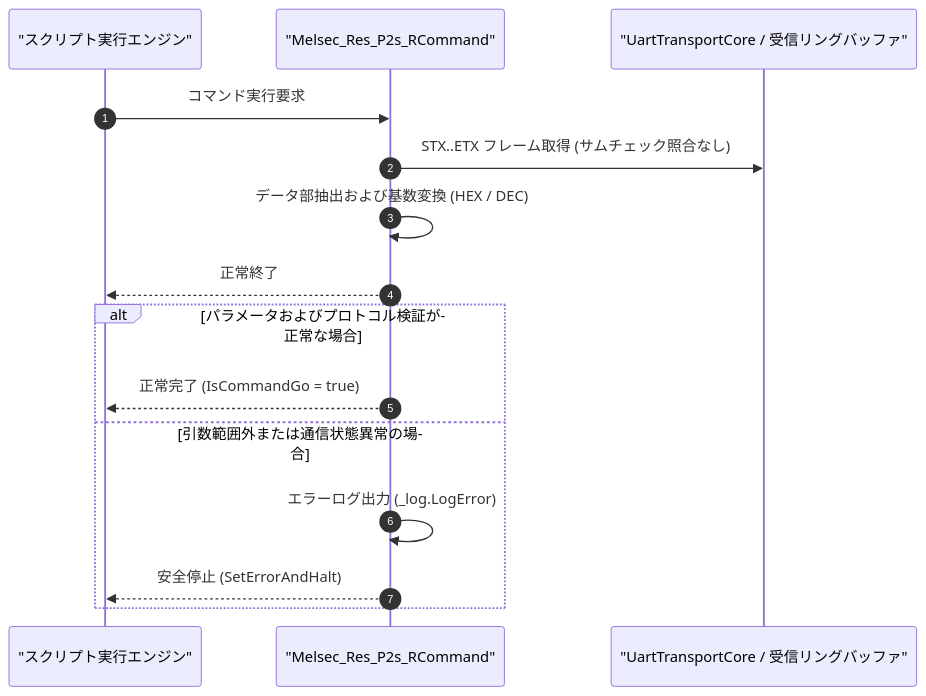
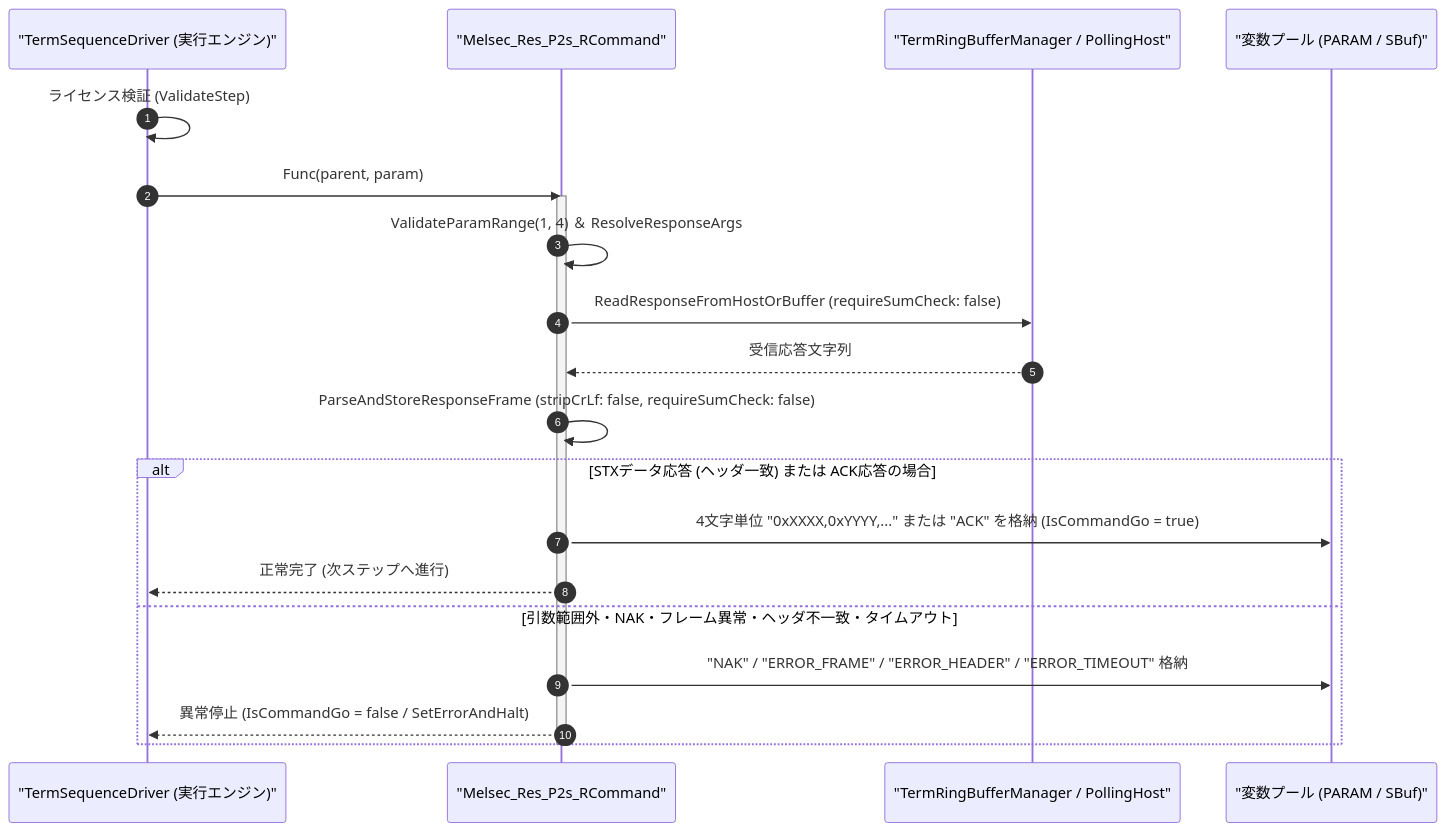
One commit to Monaca-App/TermAddIn changed the diagram in Manual/Melco/Melsec_Res_P2s_R.Md. Above: the diagram before and after it, drawn with Mermaid. The commit also changed other lines of this file and 157 other files, not shown here.

````diff
--- a/Manual/Melco/Melsec_Res_P2s_R.Md
+++ b/Manual/Melco/Melsec_Res_P2s_R.Md
@@ -63,18 +75,24 @@
 ```mermaid
 sequenceDiagram
     autonumber
-    participant Script as "スクリプト実行エンジン"
+    participant Driver as "TermSequenceDriver (実行エンジン)"
     participant Cmd as "Melsec_Res_P2s_RCommand"
-    participant Transport as "UartTransportCore / 受信リングバッファ"
+    participant Transport as "TermRingBufferManager / PollingHost"
+    participant Var as "変数プール (PARAM / SBuf)"
 
-    Script->>Cmd: コマンド実行要求
-    Cmd->>Transport: STX..ETX フレーム取得 (サムチェック照合なし)
-    Cmd->>Cmd: データ部抽出および基数変換 (HEX / DEC)
-    Cmd-->>Script: 正常終了
-    alt パラメータおよびプロトコル検証が正常な場合
-        Cmd-->>Script: 正常完了 (IsCommandGo = true)
-    else 引数範囲外または通信状態異常の場合
-        Cmd->>Cmd: エラーログ出力 (_log.LogError)
-        Cmd-->>Script: 安全停止 (SetErrorAndHalt)
+    Driver->>Driver: ライセンス検証 (ValidateStep)
+    Driver->>Cmd: Func(parent, param)
+    activate Cmd
+    Cmd->>Cmd: ValidateParamRange(1, 4) ＆ ResolveResponseArgs
+    Cmd->>Transport: ReadResponseFromHostOrBuffer (requireSumCheck: false)
+    Transport-->>Cmd: 受信応答文字列
+    Cmd->>Cmd: ParseAndStoreResponseFrame (stripCrLf: false, requireSumCheck: false)
+    alt STXデータ応答 (ヘッダ一致) または ACK応答の場合
+        Cmd->>Var: 4文字単位 "0xXXXX,0xYYYY,..." または "ACK" を格納 (IsCommandGo = true)
+        Cmd-->>Driver: 正常完了 (次ステップへ進行)
+    else 引数範囲外・NAK・フレーム異常・ヘッダ不一致・タイムアウト
+        Cmd->>Var: "NAK" / "ERROR_FRAME" / "ERROR_HEADER" / "ERROR_TIMEOUT" 格納
+        Cmd-->>Driver: 異常停止 (IsCommandGo = false / SetErrorAndHalt)
     end
+    deactivate Cmd
 ```
````
